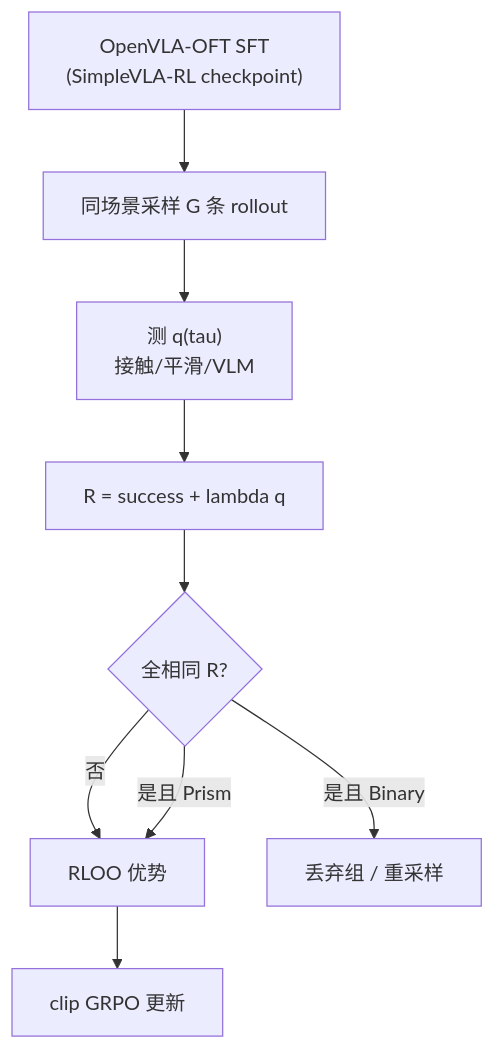
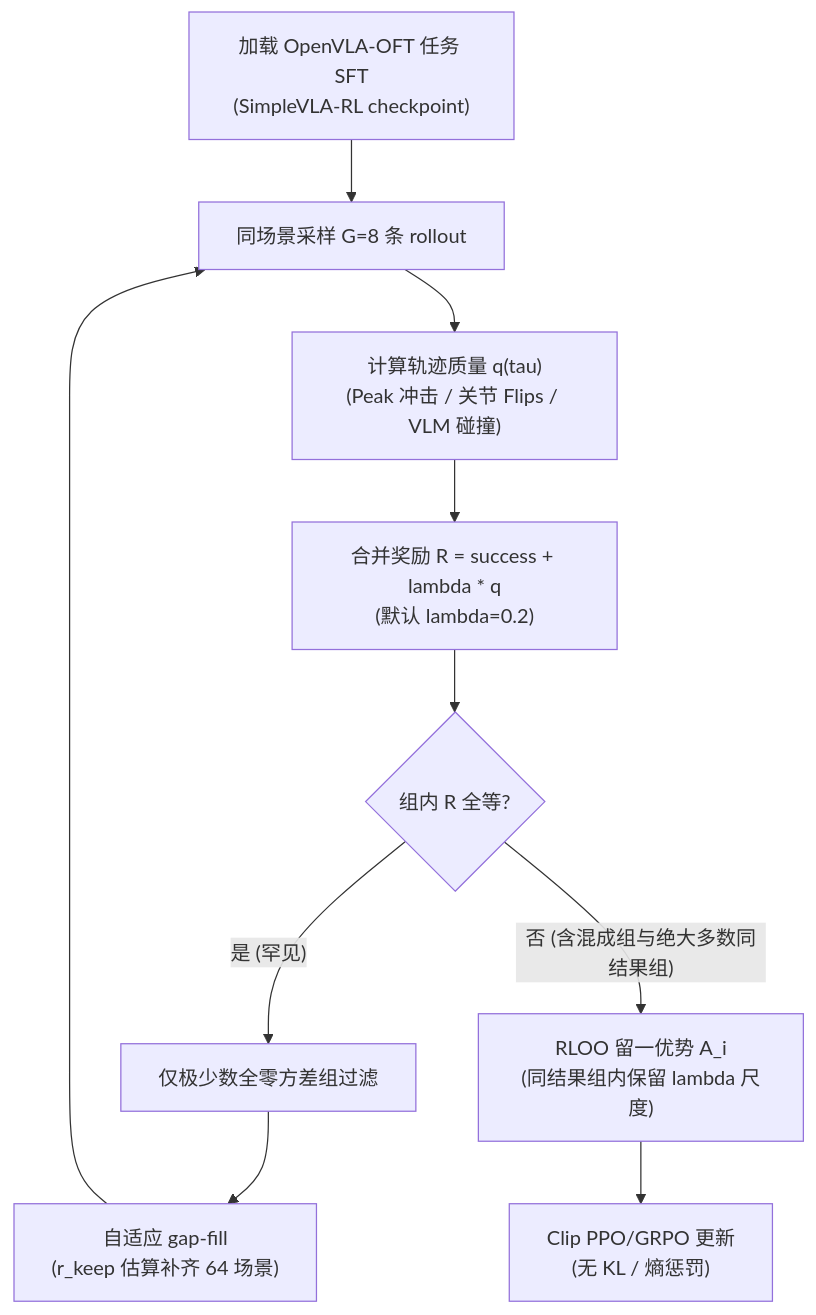
The diagram in wiki/entities/paper-prism-grpo.md (ImChong/Robotics_Notebooks), drawn with Mermaid before and after one commit. The commit also changed other lines of this file and 192 other files, not shown here.

Commit message:
[2026-11-14] ingest | roadmap/depth-vla.md — 补齐 VLA 纵深路线全部节点原文证据与满分健康度

````diff
--- a/wiki/entities/paper-prism-grpo.md
+++ b/wiki/entities/paper-prism-grpo.md
@@ -72,14 +100,15 @@
 ```mermaid
 flowchart TB
-  sft["OpenVLA-OFT SFT\n(SimpleVLA-RL checkpoint)"]
-  scene["同场景采样 G 条 rollout"]
-  q["测 q(tau)\n接触/平滑/VLM"]
-  r["R = success + lambda q"]
-  filt{"全相同 R?"}
-  rloo["RLOO 优势"]
-  upd["clip GRPO 更新"]
-  sft --> scene --> q --> r --> filt
-  filt -->|否| rloo --> upd
-  filt -->|是且 Binary| drop["丢弃组 / 重采样"]
-  filt -->|是且 Prism| rloo
+  SFT["加载 OpenVLA-OFT 任务 SFT\n(SimpleVLA-RL checkpoint)"]
+  GEN["同场景采样 G=8 条 rollout"]
+  GAP["自适应 gap-fill\n(r_keep 估算补齐 64 场景)"]
+  Q["计算轨迹质量 q(tau)\n(Peak 冲击 / 关节 Flips / VLM 碰撞)"]
+  R["合并奖励 R = success + lambda * q\n(默认 lambda=0.2)"]
+  VAR{"组内 R 全等?"}
+  RLOO["RLOO 留一优势 A_i\n(同结果组内保留 lambda 尺度)"]
+  UPD["Clip PPO/GRPO 更新\n(无 KL / 熵惩罚)"]
+  DROP["仅极少数全零方差组过滤"]
+  SFT --> GEN --> Q --> R --> VAR
+  VAR -->|"是 (罕见)"| DROP --> GAP --> GEN
+  VAR -->|"否 (含混成组与绝大多数同结果组)"| RLOO --> UPD
 ```
````
